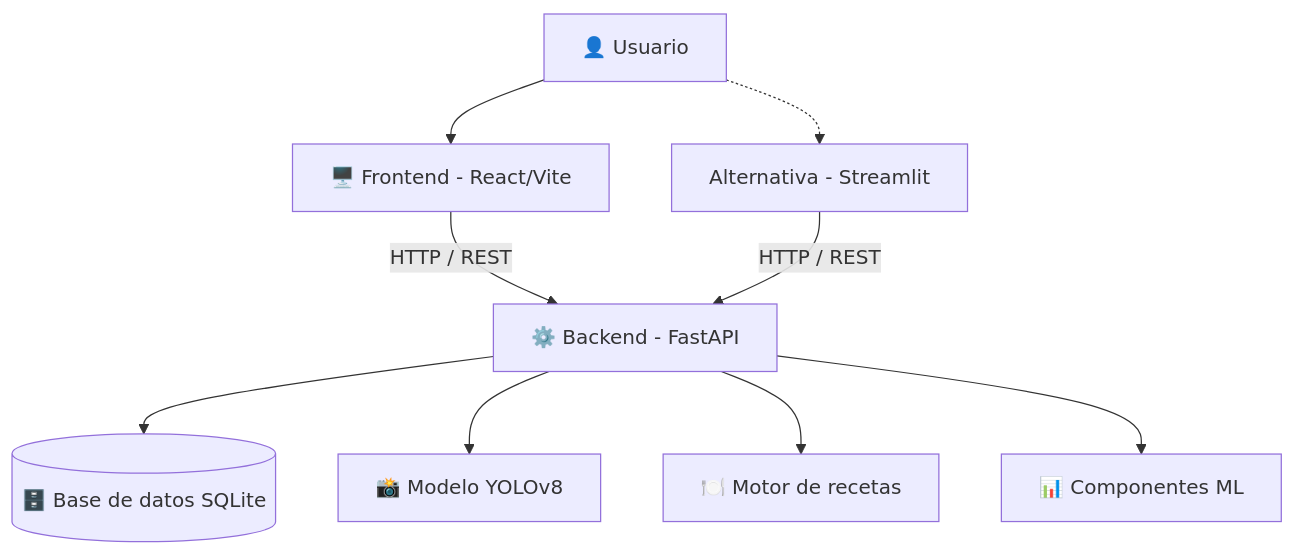
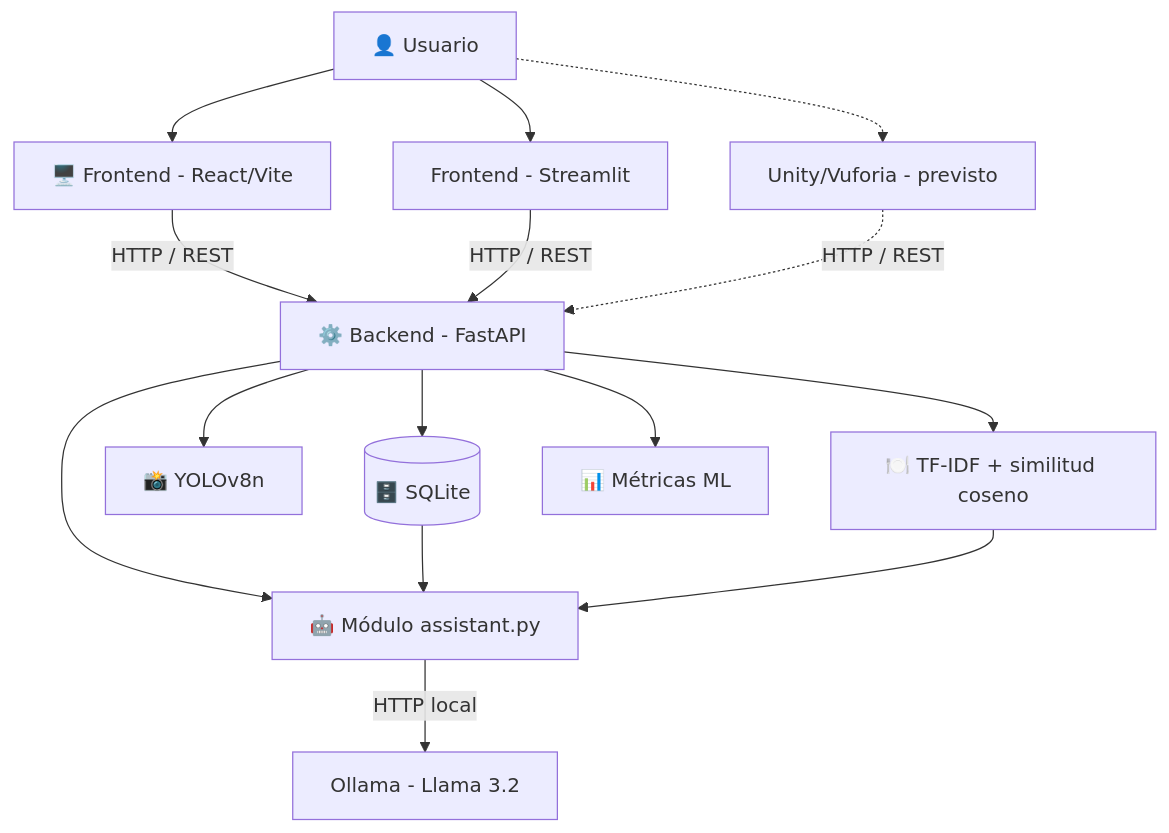
Before and after one commit to Llarkruks/FridgAI: the first of 2 diagrams in README.md, drawn with Mermaid. The commit also changed other lines of this file and 6 other files, not shown here.

````diff
--- a/README.md
+++ b/README.md
@@ -60,11 +67,17 @@
 ```mermaid
 flowchart TD
     U["👤 Usuario"] --> F["🖥️ Frontend - React/Vite"]
-    U -.-> S["Alternativa - Streamlit"]
+    U --> S["Frontend - Streamlit"]
+    U -.-> A["Unity/Vuforia - previsto"]
     F -->|HTTP / REST| B["⚙️ Backend - FastAPI"]
     S -->|HTTP / REST| B
-    B --> D[("🗄️ Base de datos SQLite")]
-    B --> Y["📸 Modelo YOLOv8"]
-    B --> R["🍽️ Motor de recetas"]
-    B --> M["📊 Componentes ML"]
+    A -.->|HTTP / REST| B
+    B --> D[("🗄️ SQLite")]
+    B --> Y["📸 YOLOv8n"]
+    B --> R["🍽️ TF-IDF + similitud coseno"]
+    B --> M["📊 Métricas ML"]
+    B --> C["🤖 Módulo assistant.py"]
+    D --> C
+    R --> C
+    C -->|HTTP local| O["Ollama - Llama 3.2"]
 ```
````
